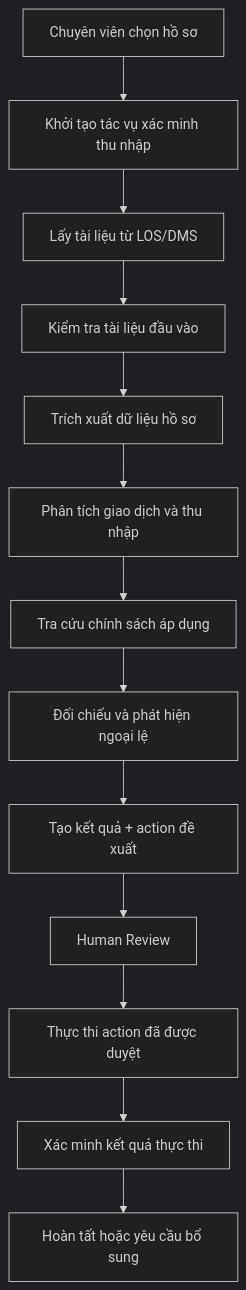
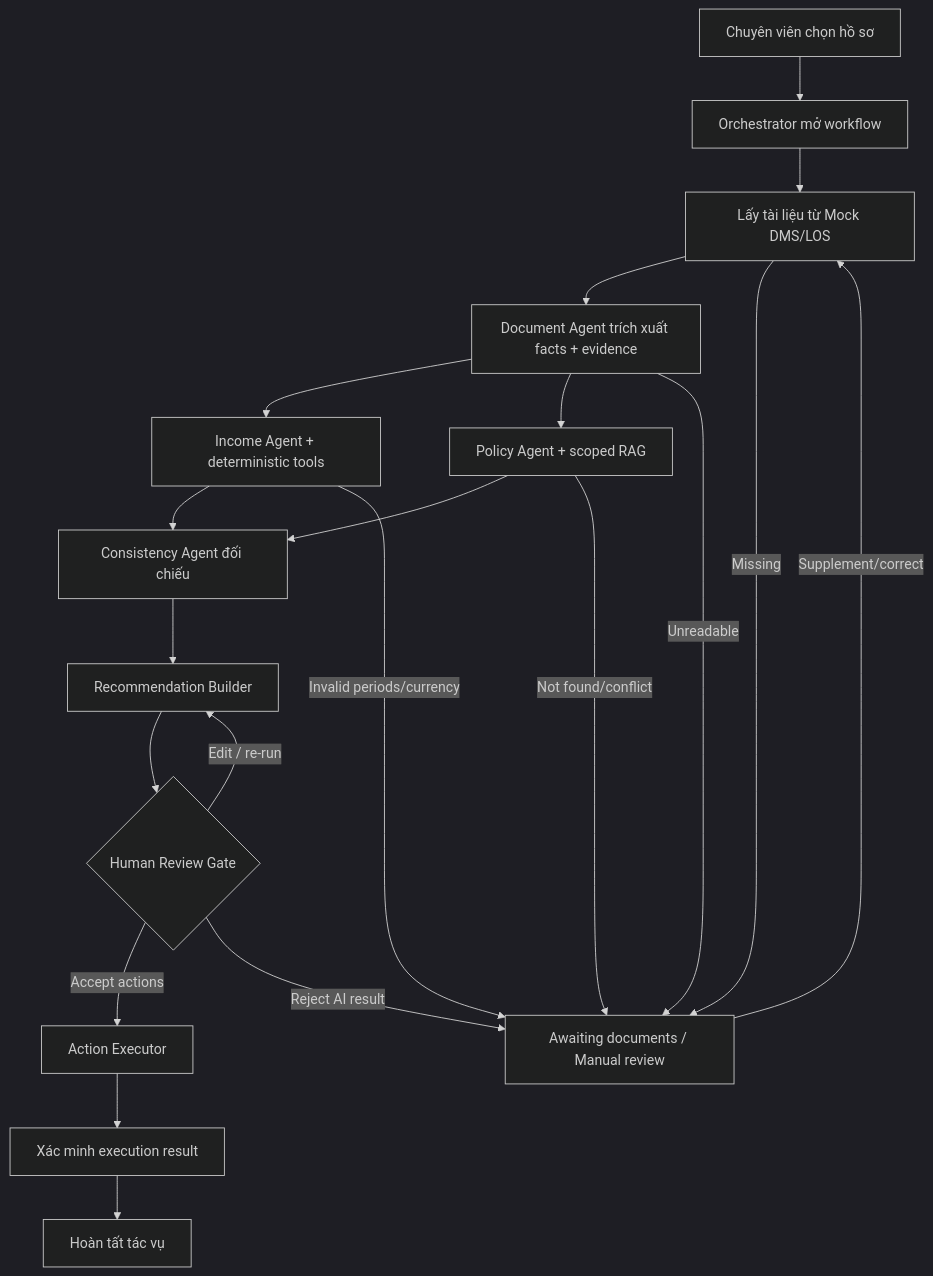
The first of 2 diagrams in docs/WORKFLOW.md (AnNT-k7/HUB_claude_code), drawn with Mermaid (dark theme) before and after one commit. The commit also changed other lines of this file and 32 other files, not shown here.

Commit message:
add new skills a dn new phases, rag-architecture, rules

````diff
--- a/docs/WORKFLOW.md
+++ b/docs/WORKFLOW.md
@@ -9,15 +11,32 @@
 ```mermaid
 flowchart TD
-    A[Chuyên viên chọn hồ sơ] --> B[Khởi tạo tác vụ xác minh thu nhập]
-    B --> C[Lấy tài liệu từ LOS/DMS]
-    C --> D[Kiểm tra tài liệu đầu vào]
-    D --> E[Trích xuất dữ liệu hồ sơ]
-    E --> F[Phân tích giao dịch và thu nhập]
-    F --> G[Tra cứu chính sách áp dụng]
-    G --> H[Đối chiếu và phát hiện ngoại lệ]
-    H --> I[Tạo kết quả + action đề xuất]
-    I --> J[Human Review]
-    J --> K[Thực thi action đã được duyệt]
-    K --> L[Xác minh kết quả thực thi]
-    L --> M[Hoàn tất hoặc yêu cầu bổ sung]
+    A[Chuyên viên chọn hồ sơ]
+    B[Orchestrator mở workflow]
+    C[Lấy tài liệu từ Mock DMS/LOS]
+    D[Document Agent trích xuất facts + evidence]
+    I[Income Agent + deterministic tools]
+    P[Policy Agent + scoped RAG]
+    X[Consistency Agent đối chiếu]
+    R[Recommendation Builder]
+    H{Human Review Gate}
+    E[Action Executor]
+    V[Xác minh execution result]
+    Z[Hoàn tất tác vụ]
+    M[Awaiting documents / Manual review]
+
+    A --> B --> C --> D
+    D --> I
+    D --> P
+    I --> X
+    P --> X
+    X --> R --> H
+    H -->|Accept actions| E
+    H -->|Edit / re-run| R
+    H -->|Reject AI result| M
+    E --> V --> Z
+    C -->|Missing| M
+    D -->|Unreadable| M
+    I -->|Invalid periods/currency| M
+    P -->|Not found/conflict| M
+    M -->|Supplement/correct| C
 ```
````
